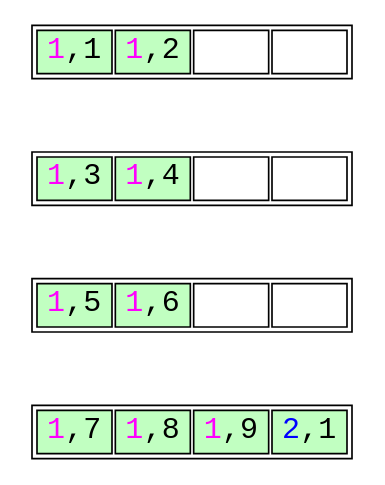
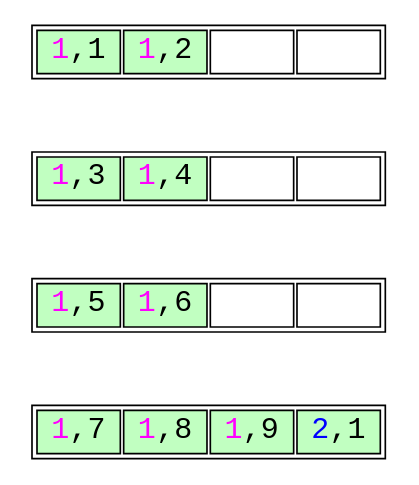
The diagram in unoptimized-leaf-page-split-2.dot (petergeoghegan/pg_query_internals), drawn with Graphviz before and after one commit. The commit also changed 6 other files, not shown here.

```diff
--- a/unoptimized-leaf-page-split-2.dot
+++ b/unoptimized-leaf-page-split-2.dot
@@ -1,64 +1,64 @@
 // Example B-Tree graph
 //
 // Breadth-first order
 //
 // Start from root, go left to right
 //
 // Workflow:
 //
 // $ dot -T svg btree.dot -o btree.svg;
 
 digraph nbtree {
 graph [fontname = "monospace"];
 node [shape = none,height=.1,fontname = "monospace",fontsize=18];
 // Level 0 (leaf level)
-leafnode_2[ label=<<table width="180">
+leafnode_2[ label=<<table width="200">
                     <tr>
-                        <td bgcolor='darkseagreen1' port="t2" width="45"><font color="magenta">1</font>,1</td>
-                        <td bgcolor='darkseagreen1' port="t3" width="45"><font color="magenta">1</font>,2</td>
-                        <td bgcolor='white' port="t3" width="45"></td>
-                        <td bgcolor='white' port="t3" width="45"></td>
+                        <td bgcolor='darkseagreen1' port="t2" width="50"><font color="magenta">1</font>,1</td>
+                        <td bgcolor='darkseagreen1' port="t3" width="50"><font color="magenta">1</font>,2</td>
+                        <td bgcolor='white' port="t3" width="50"></td>
+                        <td bgcolor='white' port="t3" width="50"></td>
                     </tr>
                 </table>
                >
         ];
 edge[style=invis];
 "leafnode_2" -> "leafnode_3"
-leafnode_3[ label=<<table width="180">
+leafnode_3[ label=<<table width="200">
                     <tr>
-                        <td bgcolor='darkseagreen1' port="t4" width="45"><font color="magenta">1</font>,3</td>
-                        <td bgcolor='darkseagreen1' port="t4" width="45"><font color="magenta">1</font>,4</td>
-                        <td bgcolor='white' port="t3" width="45"></td>
-                        <td bgcolor='white' port="t3" width="45"></td>
+                        <td bgcolor='darkseagreen1' port="t4" width="50"><font color="magenta">1</font>,3</td>
+                        <td bgcolor='darkseagreen1' port="t4" width="50"><font color="magenta">1</font>,4</td>
+                        <td bgcolor='white' port="t3" width="50"></td>
+                        <td bgcolor='white' port="t3" width="50"></td>
                     </tr>
                 </table>
                >
         ];
 edge[style=invis];
 "leafnode_3" -> "leafnode_4"
-leafnode_4[ label=<<table width="180">
+leafnode_4[ label=<<table width="200">
                     <tr>
-                        <td bgcolor='darkseagreen1' port="t4" width="45"><font color="magenta">1</font>,5</td>
-                        <td bgcolor='darkseagreen1' port="t4" width="45"><font color="magenta">1</font>,6</td>
-                        <td bgcolor='white' port="t3" width="45"></td>
-                        <td bgcolor='white' port="t3" width="45"></td>
+                        <td bgcolor='darkseagreen1' port="t4" width="50"><font color="magenta">1</font>,5</td>
+                        <td bgcolor='darkseagreen1' port="t4" width="50"><font color="magenta">1</font>,6</td>
+                        <td bgcolor='white' port="t3" width="50"></td>
+                        <td bgcolor='white' port="t3" width="50"></td>
                     </tr>
                 </table>
                >
         ];
 edge[style=invis];
 "leafnode_4" -> "leafnode_5"
-leafnode_5[ label=<<table width="180">
+leafnode_5[ label=<<table width="200">
                     <tr>
-                        <td bgcolor='darkseagreen1' port="t4" width="45"><font color="magenta">1</font>,7</td>
-                        <td bgcolor='darkseagreen1' port="t4" width="45"><font color="magenta">1</font>,8</td>
-                        <td bgcolor='darkseagreen1' port="t4" width="45"><font color="magenta">1</font>,9</td>
-                        <td bgcolor='darkseagreen1' port="t4" width="45"><font color="blue">2</font>,1</td>
+                        <td bgcolor='darkseagreen1' port="t4" width="50"><font color="magenta">1</font>,7</td>
+                        <td bgcolor='darkseagreen1' port="t4" width="50"><font color="magenta">1</font>,8</td>
+                        <td bgcolor='darkseagreen1' port="t4" width="50"><font color="magenta">1</font>,9</td>
+                        <td bgcolor='darkseagreen1' port="t4" width="50"><font color="blue">2</font>,1</td>
                     </tr>
                 </table>
                >
         ];
 //Force alignment from root to internal to leaf levels:
 //edge[style=invis];
 //"rootnode":d1 -> "leafnode_2":t2
 }
```
